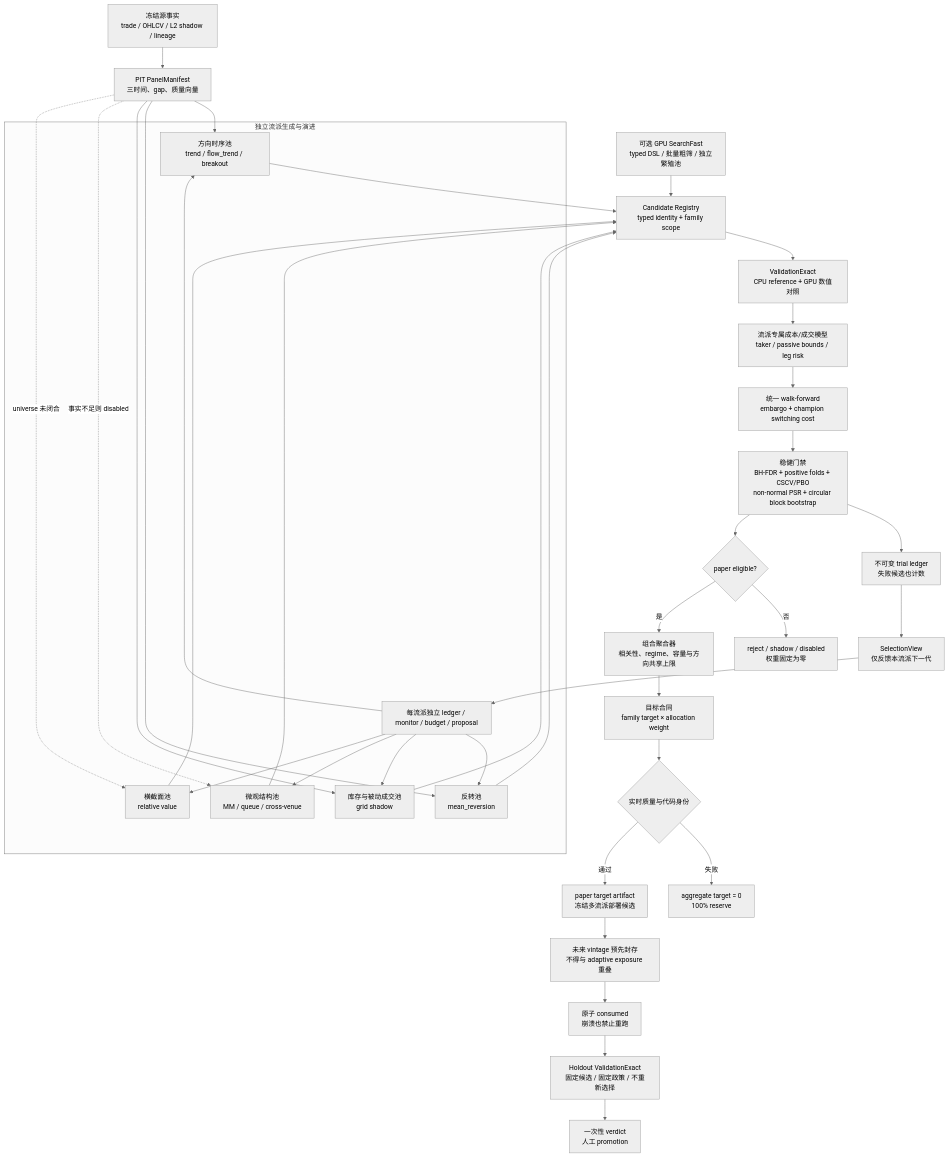
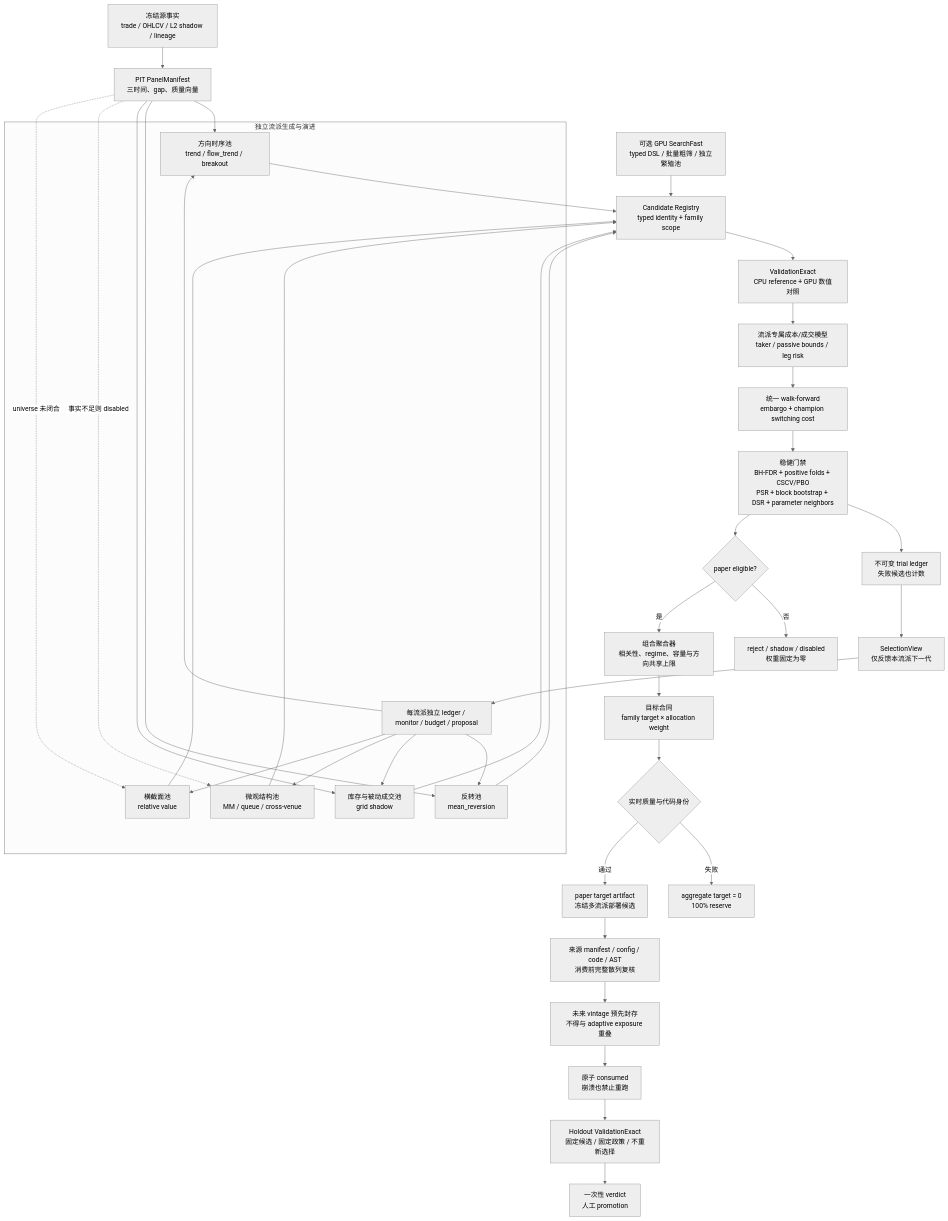
The diagram in docs/strategy-research.md (tomesakai/guvolu), drawn with Mermaid (neutral theme) before and after one commit. The commit also changed other lines of this file and 2 other files, not shown here.

````diff
--- a/docs/strategy-research.md
+++ b/docs/strategy-research.md
@@ -276,57 +290,58 @@
 ```mermaid
 flowchart TB
     raw["冻结源事实<br/>trade / OHLCV / L2 shadow / lineage"]
     pit["PIT PanelManifest<br/>三时间、gap、质量向量"]
     raw --> pit
 
     subgraph generation["独立流派生成与演进"]
         direction["方向时序池<br/>trend / flow_trend / breakout"]
         reversion["反转池<br/>mean_reversion"]
         grid["库存与被动成交池<br/>grid shadow"]
         micro["微观结构池<br/>MM / queue / cross-venue"]
         cross["横截面池<br/>relative value"]
         monitors["每流派独立 ledger / monitor / budget / proposal"]
         monitors --> direction
         monitors --> reversion
         monitors --> grid
         monitors --> micro
         monitors --> cross
     end
 
     pit --> direction
     pit --> reversion
     pit --> grid
     pit -. "事实不足则 disabled" .-> micro
     pit -. "universe 未闭合" .-> cross
 
     registry["Candidate Registry<br/>typed identity + family scope"]
     direction --> registry
     reversion --> registry
     grid --> registry
     micro --> registry
     cross --> registry
 
     gpu["可选 GPU SearchFast<br/>typed DSL / 批量粗筛 / 独立繁殖池"]
     gpu --> registry
 
     exact["ValidationExact<br/>CPU reference + GPU 数值对照"]
     registry --> exact
     exact --> cost["流派专属成本/成交模型<br/>taker / passive bounds / leg risk"]
     cost --> wf["统一 walk-forward<br/>embargo + champion switching cost"]
-    wf --> robust["稳健门禁<br/>BH-FDR + positive folds + CSCV/PBO<br/>non-normal PSR + circular block bootstrap"]
+    wf --> robust["稳健门禁<br/>BH-FDR + positive folds + CSCV/PBO<br/>PSR + block bootstrap + DSR + parameter neighbors"]
     robust --> ledger["不可变 trial ledger<br/>失败候选也计数"]
     ledger --> evolution["SelectionView<br/>仅反馈本流派下一代"]
     evolution --> monitors
 
     robust --> eligible{"paper eligible?"}
     eligible -- "否" --> reject["reject / shadow / disabled<br/>权重固定为零"]
     eligible -- "是" --> aggregate["组合聚合器<br/>相关性、regime、容量与方向共享上限"]
     aggregate --> contract["目标合同<br/>family target × allocation weight"]
     contract --> quality{"实时质量与代码身份"}
     quality -- "失败" --> flat["aggregate target = 0<br/>100% reserve"]
     quality -- "通过" --> paper["paper target artifact<br/>冻结多流派部署候选"]
-    paper --> sealed["未来 vintage 预先封存<br/>不得与 adaptive exposure 重叠"]
+    paper --> sourceVerify["来源 manifest / config / code / AST<br/>消费前完整散列复核"]
+    sourceVerify --> sealed["未来 vintage 预先封存<br/>不得与 adaptive exposure 重叠"]
     sealed --> consume["原子 consumed<br/>崩溃也禁止重跑"]
     consume --> holdout["Holdout ValidationExact<br/>固定候选 / 固定政策 / 不重新选择"]
     holdout --> promotion["一次性 verdict<br/>人工 promotion"]
 ```
````
